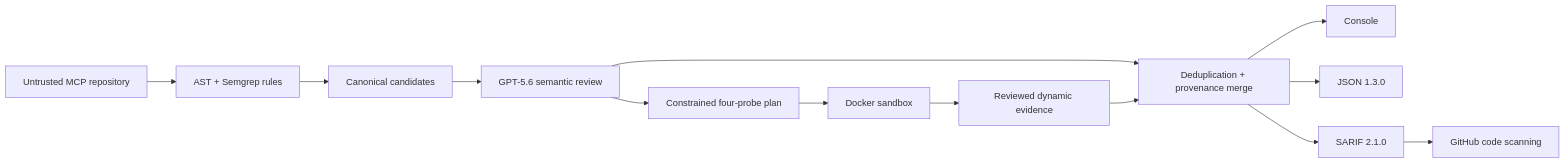
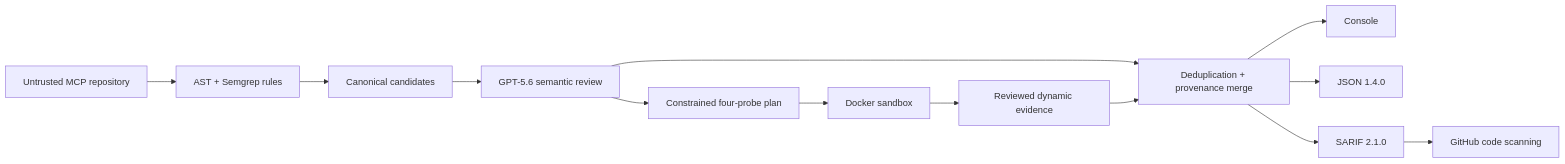
Before and after one commit to BashaarJavaid/MCP-Sentinel: the diagram in README.md, drawn with Mermaid. The commit also changed other lines of this file and 35 other files, not shown here.

````diff
--- a/README.md
+++ b/README.md
@@ -144,15 +144,15 @@
 ```mermaid
 flowchart LR
     A[Untrusted MCP repository] --> B[AST + Semgrep rules]
     B --> C[Canonical candidates]
     C --> D[GPT-5.6 semantic review]
     D --> E[Constrained four-probe plan]
     E --> F[Docker sandbox]
     F --> G[Reviewed dynamic evidence]
     D --> H[Deduplication + provenance merge]
     G --> H
     H --> I[Console]
-    H --> J[JSON 1.3.0]
+    H --> J[JSON 1.4.0]
     H --> K[SARIF 2.1.0]
     K --> L[GitHub code scanning]
 ```
````
